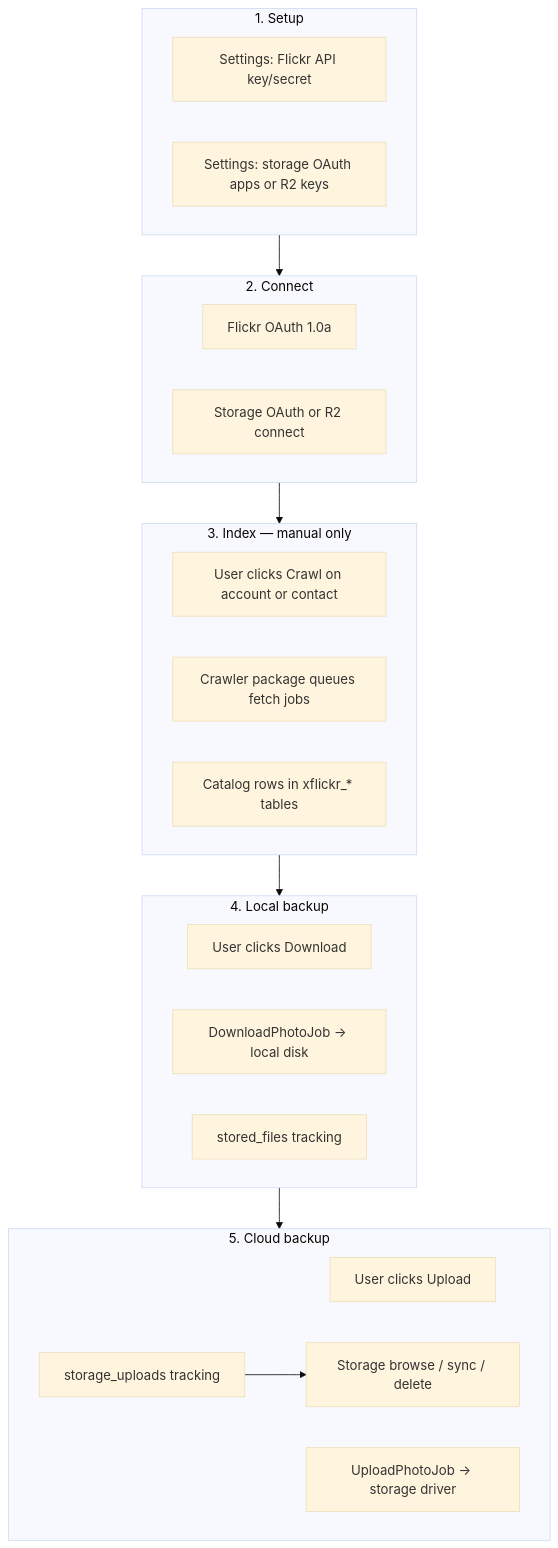
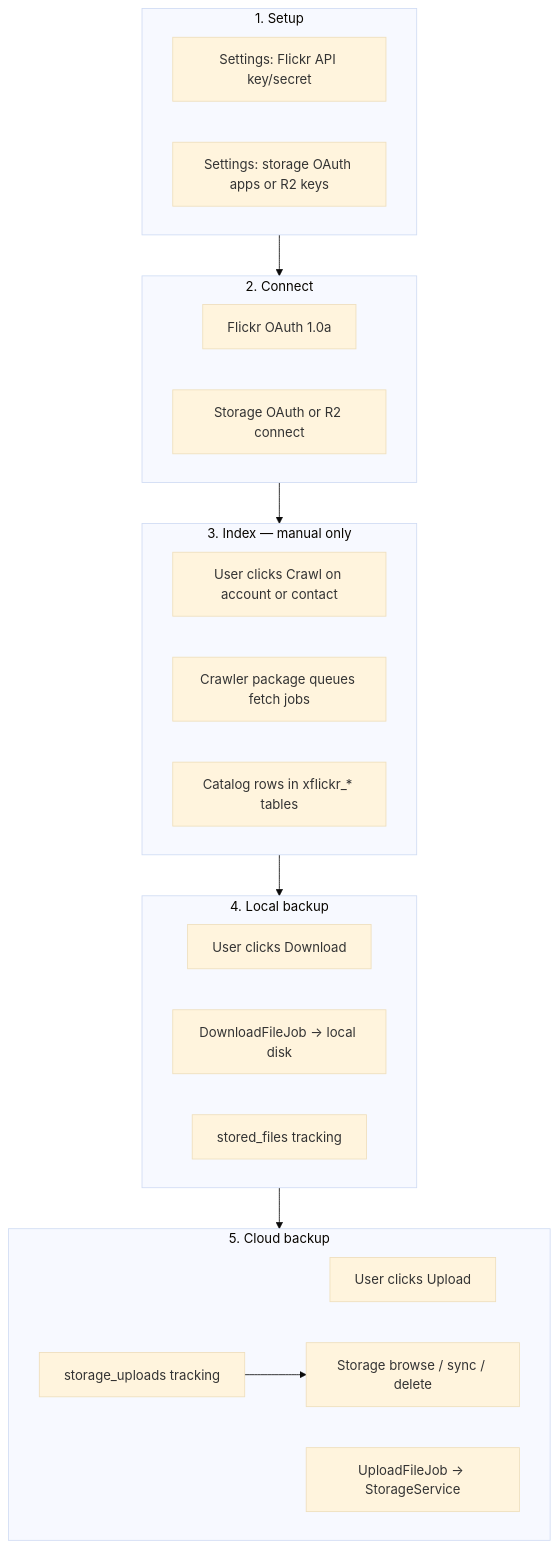
One commit to jooservices/XFlickr changed the first of 13 diagrams in docs/00-architecture/architecture-diagrams.md. Above: the diagram before and after it, drawn with Mermaid (base theme). The commit also changed other lines of this file and 11 other files, not shown here.

````diff
--- a/docs/00-architecture/architecture-diagrams.md
+++ b/docs/00-architecture/architecture-diagrams.md
@@ -11,34 +11,34 @@
 ```mermaid
 flowchart TB
   subgraph setup [1. Setup]
     S1[Settings: Flickr API key/secret]
     S2[Settings: storage OAuth apps or R2 keys]
   end
 
   subgraph connect [2. Connect]
     C1[Flickr OAuth 1.0a]
     C2[Storage OAuth or R2 connect]
   end
 
   subgraph index [3. Index — manual only]
     I1[User clicks Crawl on account or contact]
     I2[Crawler package queues fetch jobs]
     I3[Catalog rows in xflickr_* tables]
   end
 
   subgraph local [4. Local backup]
     L1[User clicks Download]
-    L2[DownloadPhotoJob → local disk]
+    L2[DownloadFileJob → local disk]
     L3[stored_files tracking]
   end
 
   subgraph cloud [5. Cloud backup]
     U1[User clicks Upload]
-    U2[UploadPhotoJob → storage driver]
+    U2[UploadFileJob → StorageService]
     U3[storage_uploads tracking]
     B1[Storage browse / sync / delete]
   end
 
   setup --> connect --> index --> local --> cloud
   U3 --> B1
 ```
````
